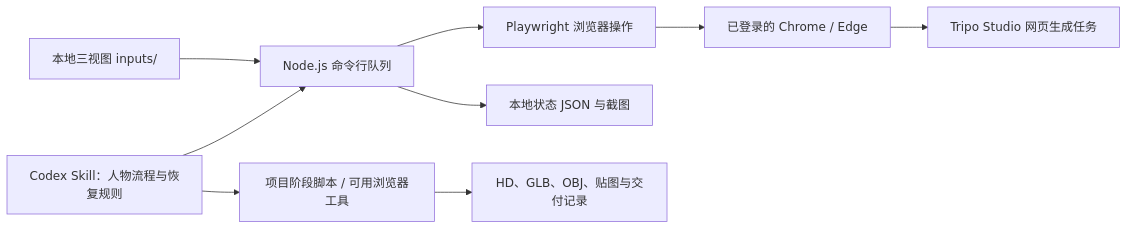
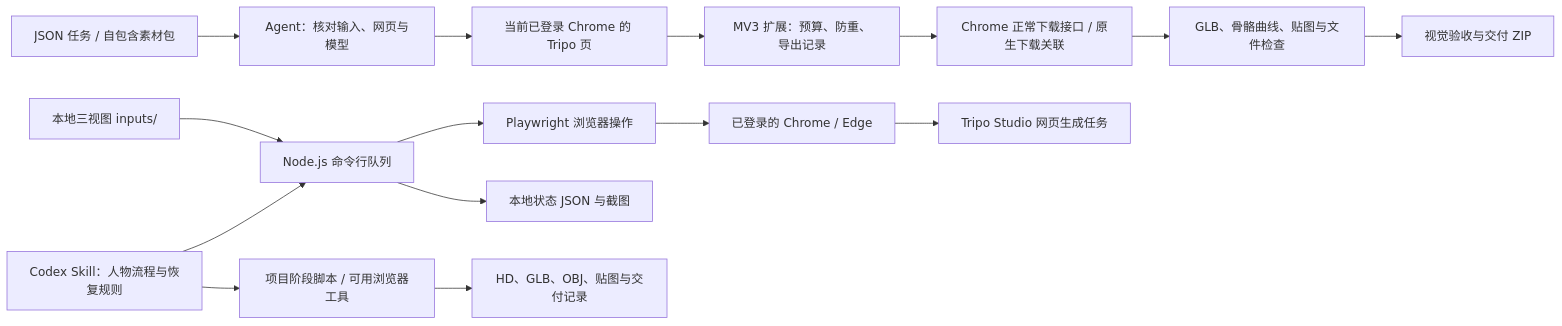
Before and after one commit to Evilom/tripo-studio-pipeline: the diagram in README.md, drawn with Mermaid. The commit also changed other lines of this file and 31 other files, not shown here.

````diff
--- a/README.md
+++ b/README.md
@@ -25,11 +33,17 @@
 ```mermaid
 flowchart LR
+    Task["JSON 任务 / 自包含素材包"] --> Agent["Agent：核对输入、网页与模型"]
+    Agent --> Current["当前已登录 Chrome 的 Tripo 页"]
+    Current --> Ext["MV3 扩展：预算、防重、导出记录"]
+    Ext --> Downloads["Chrome 正常下载接口 / 原生下载关联"]
+    Downloads --> Checks["GLB、骨骼曲线、贴图与文件检查"]
+    Checks --> Handoff["视觉验收与交付 ZIP"]
     Input["本地三视图 inputs/"] --> CLI["Node.js 命令行队列"]
     CLI --> PW["Playwright 浏览器操作"]
     PW --> Browser["已登录的 Chrome / Edge"]
     Browser --> Studio["Tripo Studio 网页生成任务"]
     CLI --> State["本地状态 JSON 与截图"]
     Skill["Codex Skill：人物流程与恢复规则"] --> CLI
     Skill --> Project["项目阶段脚本 / 可用浏览器工具"]
     Project --> Delivery["HD、GLB、OBJ、贴图与交付记录"]
 ```
````
